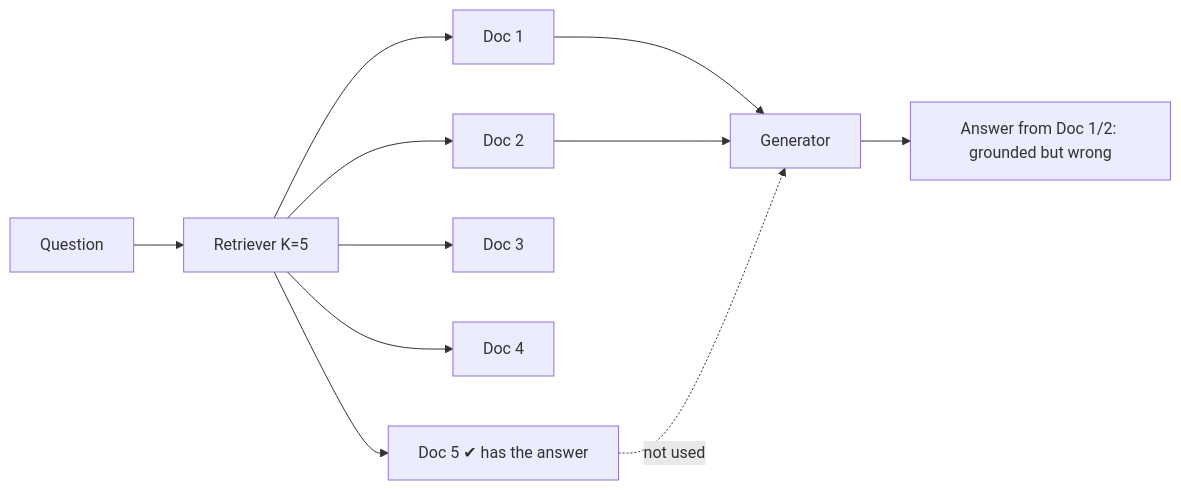
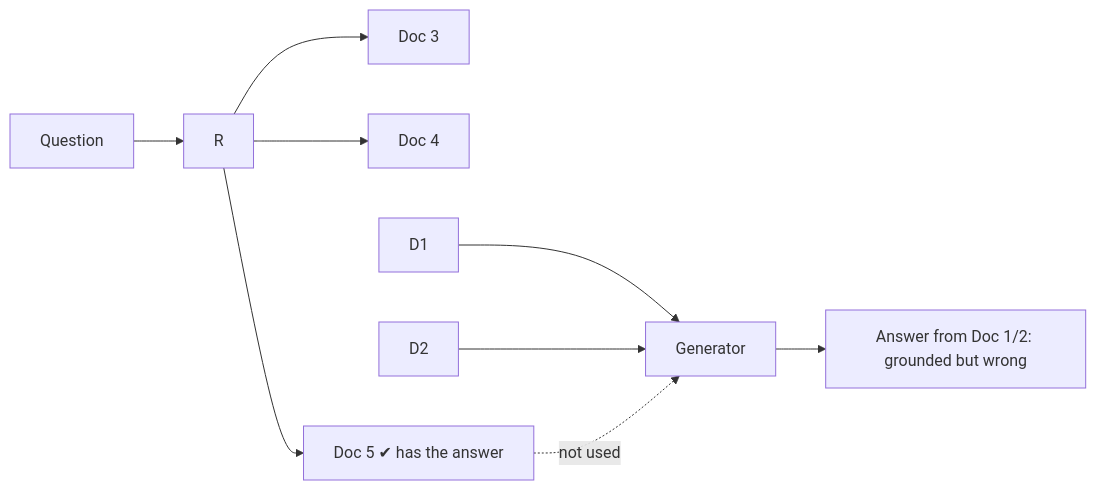
Before and after one commit to kumarpramodlohar/enterprise-knowledge-assistant-spec: the third of 7 diagrams in docs/Enterprise_Knowledge_Assistant_Evaluation_Guide_v1.md, drawn with Mermaid. The commit also changed other lines of this file and 13 other files, not shown here.

````diff
--- a/docs/Enterprise_Knowledge_Assistant_Evaluation_Guide_v1.md
+++ b/docs/Enterprise_Knowledge_Assistant_Evaluation_Guide_v1.md
@@ -321,13 +592,11 @@
 ```mermaid
 flowchart LR
-    Q[Question] --> R[Retriever K=5]
-    R --> D1[Doc 1]
-    R --> D2[Doc 2]
+    Q[Question] --> R
     R --> D3[Doc 3]
     R --> D4[Doc 4]
     R --> D5["Doc 5 ✔ has the answer"]
     D1 --> G[Generator]
     D2 --> G
     G --> A["Answer from Doc 1/2: grounded but wrong"]
     D5 -. not used .-> G
 ```
````
